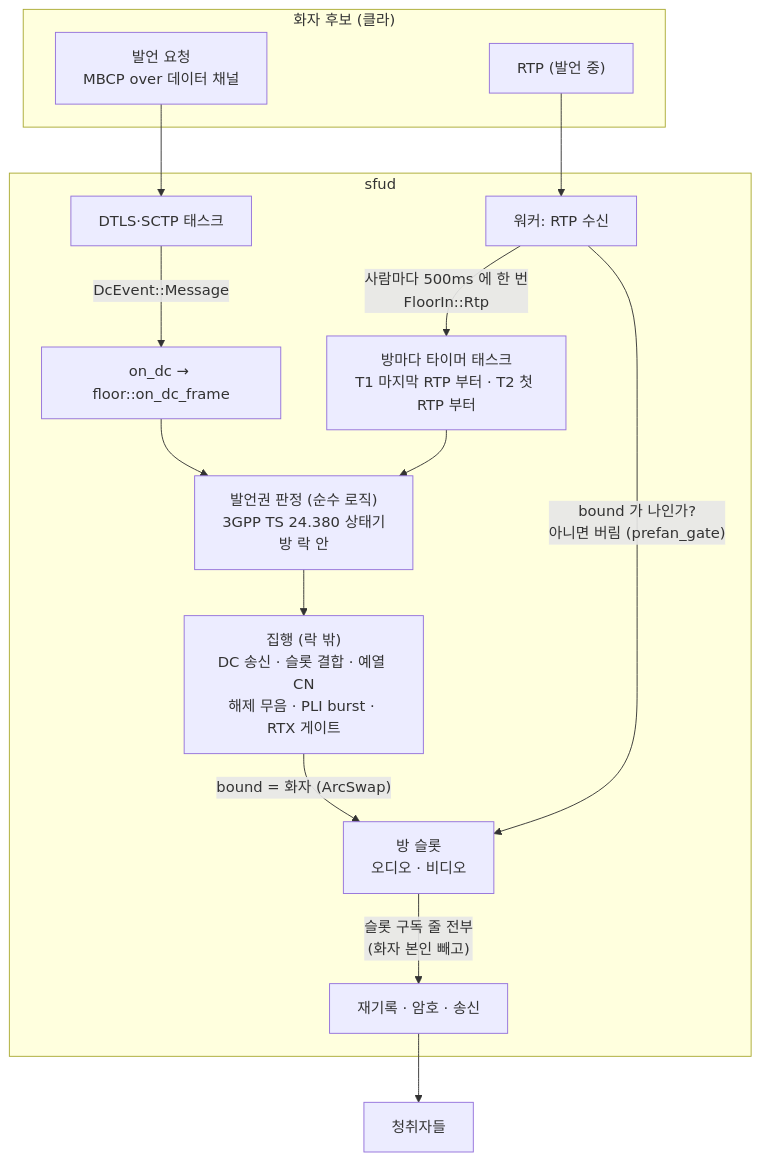
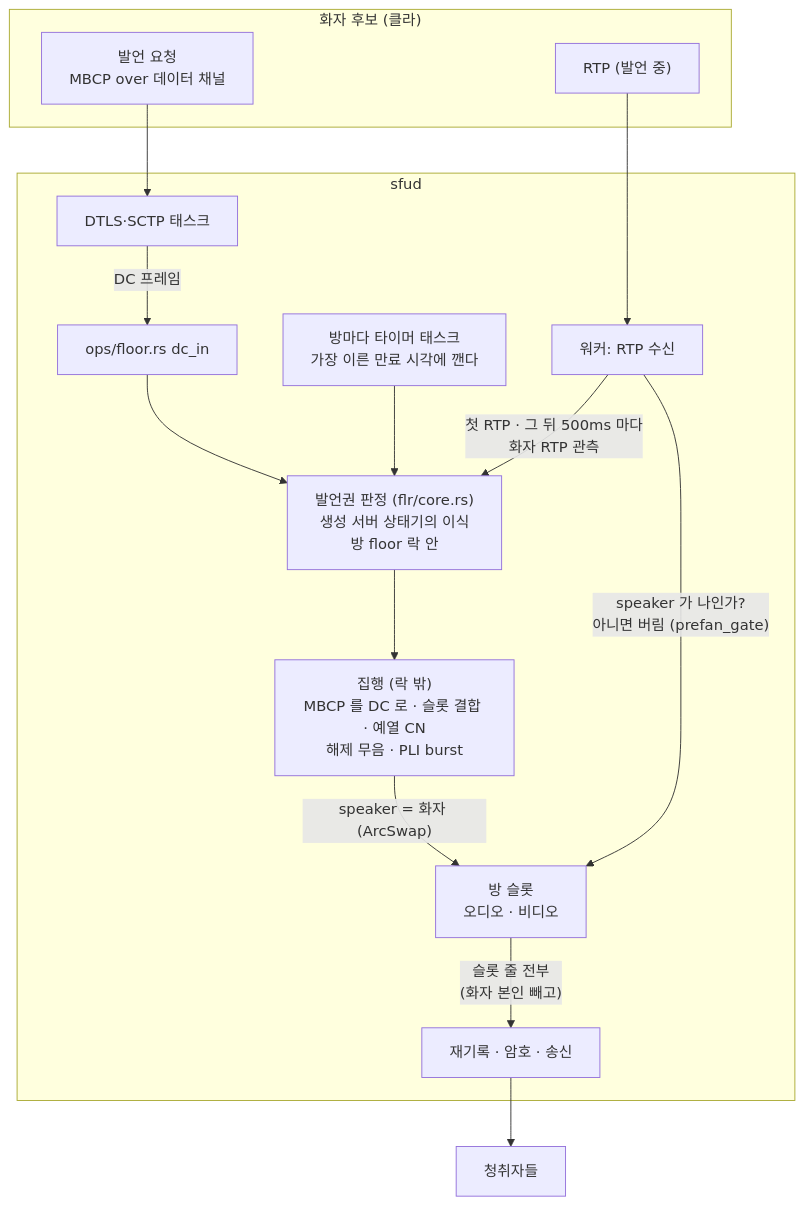
The eighth of 9 diagrams in docs/architecture.md (kodeholic9/oxlens-sfu), drawn with Mermaid before and after one commit. The commit also changed other lines of this file and 16 other files, not shown here.

First line of the commit message:
공개 문서 현행화 — 연동규격서 공개본 따라잡기(v1.4 이후) · 학습 문서(docs/learn) 신설 · 서버 형상(architecture.md) 40c5ce0 기준 다시 씀 · README 문서 표

````diff
--- a/docs/architecture.md
+++ b/docs/architecture.md
@@ -368,20 +375,20 @@
 ```mermaid
 flowchart TB
     subgraph C1["화자 후보 (클라)"]
         REQ["발언 요청<br/>MBCP over 데이터 채널"]
         RTPIN["RTP (발언 중)"]
     end
     subgraph SFUD["sfud"]
-        DTT["DTLS·SCTP 태스크"] -->|"DcEvent::Message"| ONDC["on_dc → floor::on_dc_frame"]
-        ONDC --> JUDGE["발언권 판정 (순수 로직)<br/>3GPP TS 24.380 상태기<br/>방 락 안"]
-        JUDGE --> EXEC["집행 (락 밖)<br/>DC 송신 · 슬롯 결합 · 예열 CN<br/>해제 무음 · PLI burst · RTX 게이트"]
-        EXEC -->|"bound = 화자 (ArcSwap)"| SLOT["방 슬롯<br/>오디오 · 비디오"]
-        DRV["방마다 타이머 태스크<br/>T1 마지막 RTP 부터 · T2 첫 RTP 부터"] --> JUDGE
-        WRK["워커: RTP 수신"] -->|"bound 가 나인가?<br/>아니면 버림 (prefan_gate)"| SLOT
-        WRK -->|"사람마다 500ms 에 한 번<br/>FloorIn::Rtp"| DRV
-        SLOT -->|"슬롯 구독 줄 전부<br/>(화자 본인 빼고)"| OUTP["재기록 · 암호 · 송신"]
+        DTT["DTLS·SCTP 태스크"] -->|"DC 프레임"| ONDC["ops/floor.rs dc_in"]
+        ONDC --> JUDGE["발언권 판정 (flr/core.rs)<br/>생성 서버 상태기의 이식<br/>방 floor 락 안"]
+        JUDGE --> EXEC["집행 (락 밖)<br/>MBCP 를 DC 로 · 슬롯 결합 · 예열 CN<br/>해제 무음 · PLI burst"]
+        EXEC -->|"speaker = 화자 (ArcSwap)"| SLOT["방 슬롯<br/>오디오 · 비디오"]
+        DRV["방마다 타이머 태스크<br/>가장 이른 만료 시각에 깬다"] --> JUDGE
+        WRK["워커: RTP 수신"] -->|"speaker 가 나인가?<br/>아니면 버림 (prefan_gate)"| SLOT
+        WRK -->|"첫 RTP · 그 뒤 500ms 마다<br/>화자 RTP 관측"| JUDGE
+        SLOT -->|"슬롯 줄 전부<br/>(화자 본인 빼고)"| OUTP["재기록 · 암호 · 송신"]
     end
     REQ --> DTT
     RTPIN --> WRK
     OUTP --> LIS["청취자들"]
 ```
````
